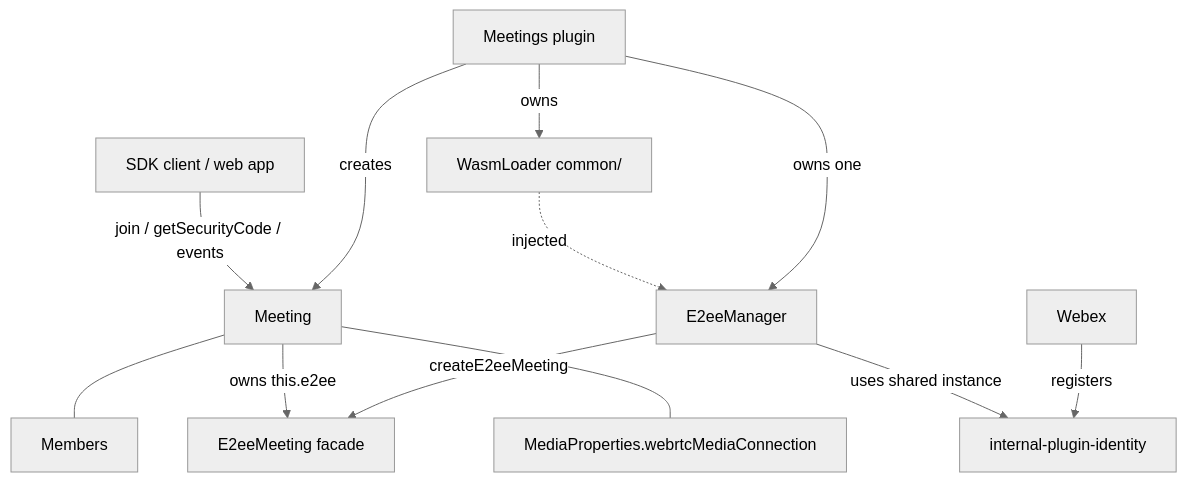
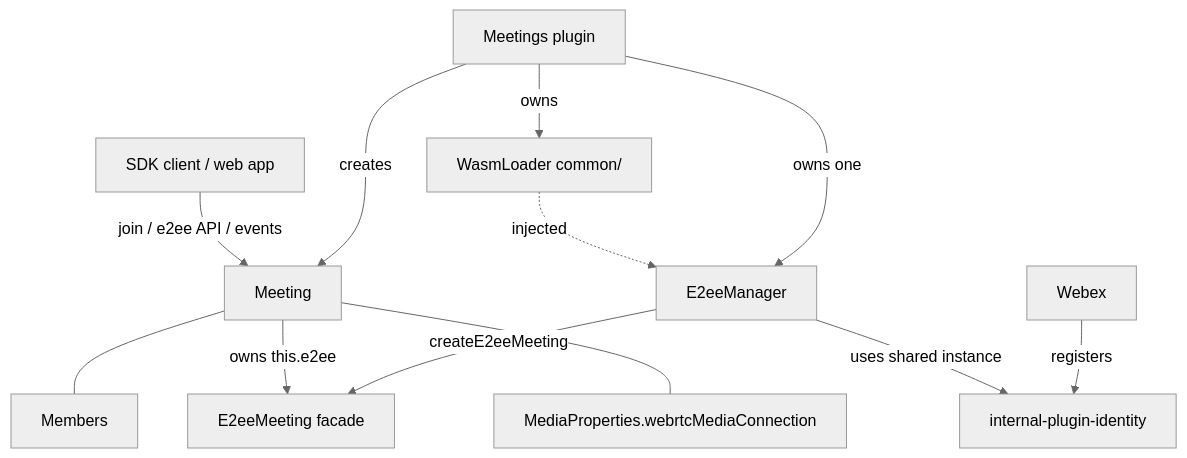
One commit to webex/webex-js-sdk changed the first of 3 diagrams in packages/@webex/plugin-meetings/src/e2ee/DESIGN.md. Above: the diagram before and after it, drawn with Mermaid (neutral theme). The commit also changed other lines of this file and 4 other files, not shown here.

````diff
--- a/packages/@webex/plugin-meetings/src/e2ee/DESIGN.md
+++ b/packages/@webex/plugin-meetings/src/e2ee/DESIGN.md
@@ -104,14 +104,14 @@
 ```mermaid
 graph TD
     Meetings[Meetings plugin] -->|creates| Meeting[Meeting]
     Meetings -->|owns| WasmLoader[WasmLoader common/]
     Meetings -->|owns one| Mgr[E2eeManager]
     WasmLoader -.->|injected| Mgr
     Webex -->|registers| Ident[internal-plugin-identity]
     Mgr -->|uses shared instance| Ident
     Mgr -->|createE2eeMeeting| E2eeMeeting[E2eeMeeting facade]
     Meeting -->|owns this.e2ee| E2eeMeeting
-    App[SDK client / web app] -->|join / getSecurityCode / events| Meeting
+    App[SDK client / web app] -->|join / e2ee API / events| Meeting
     Meeting --- Members
     Meeting --- MediaProps[MediaProperties.webrtcMediaConnection]
 ```
````
